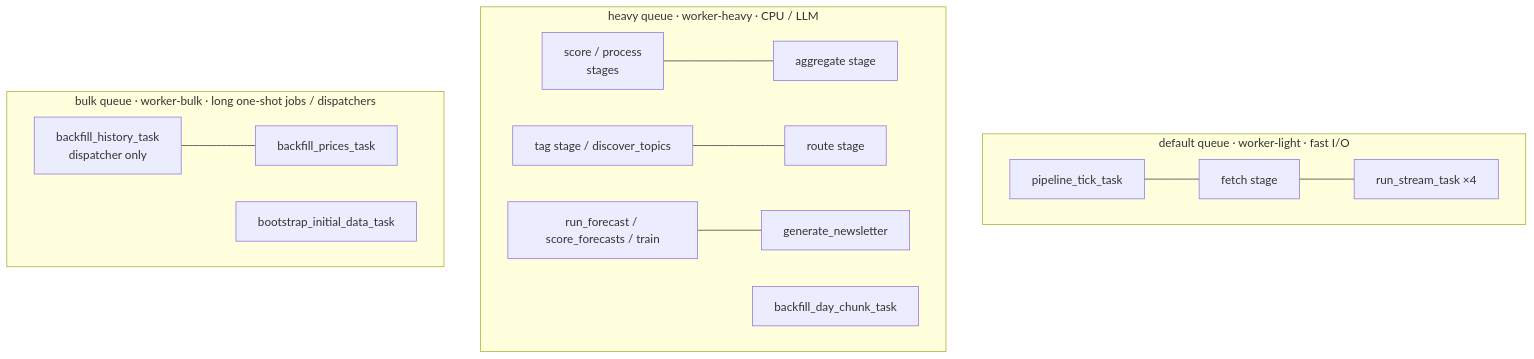
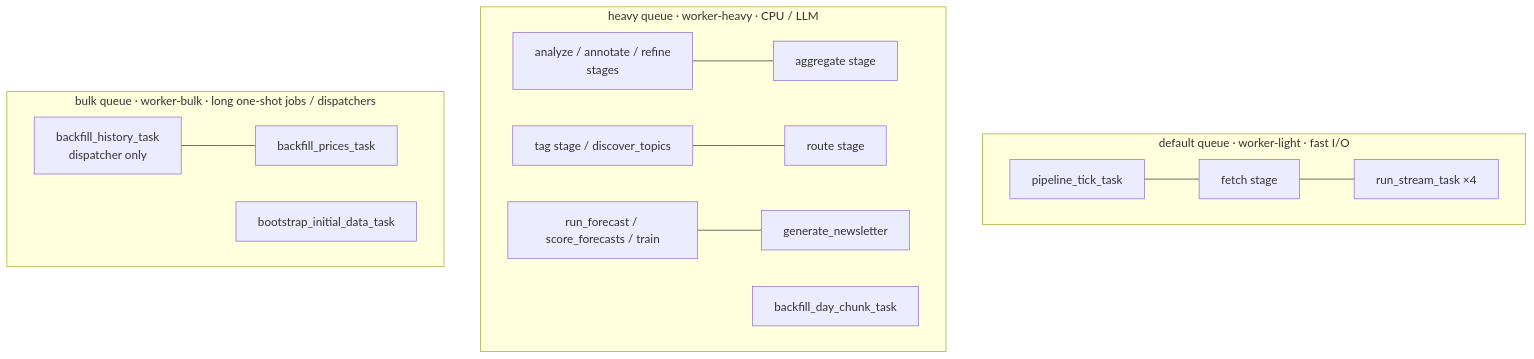
One commit to jameelhamdan/event-horizon changed the second of 3 diagrams in docs/architecture.md. Above: the diagram before and after it, drawn with Mermaid. The commit also changed other lines of this file and 49 other files, not shown here.

````diff
--- a/docs/architecture.md
+++ b/docs/architecture.md
@@ -89,16 +89,16 @@
 ```mermaid
 flowchart TB
     subgraph DEFAULT["default queue · worker-light · fast I/O"]
         D1[pipeline_tick_task] --- D2[fetch stage] --- D3[run_stream_task ×4]
     end
     subgraph HEAVY["heavy queue · worker-heavy · CPU / LLM"]
-        H1[score / process<br/>stages] --- H2[aggregate stage]
+        H1[analyze / annotate / refine<br/>stages] --- H2[aggregate stage]
         H3[tag stage / discover_topics] --- H4[route stage]
         H5[run_forecast / score_forecasts / train] --- H6[generate_newsletter]
         H7[backfill_day_chunk_task]
     end
     subgraph BULK["bulk queue · worker-bulk · long one-shot jobs / dispatchers"]
         B1[backfill_history_task<br/>dispatcher only] --- B2[backfill_prices_task]
         B3[bootstrap_initial_data_task]
     end
 ```
````
